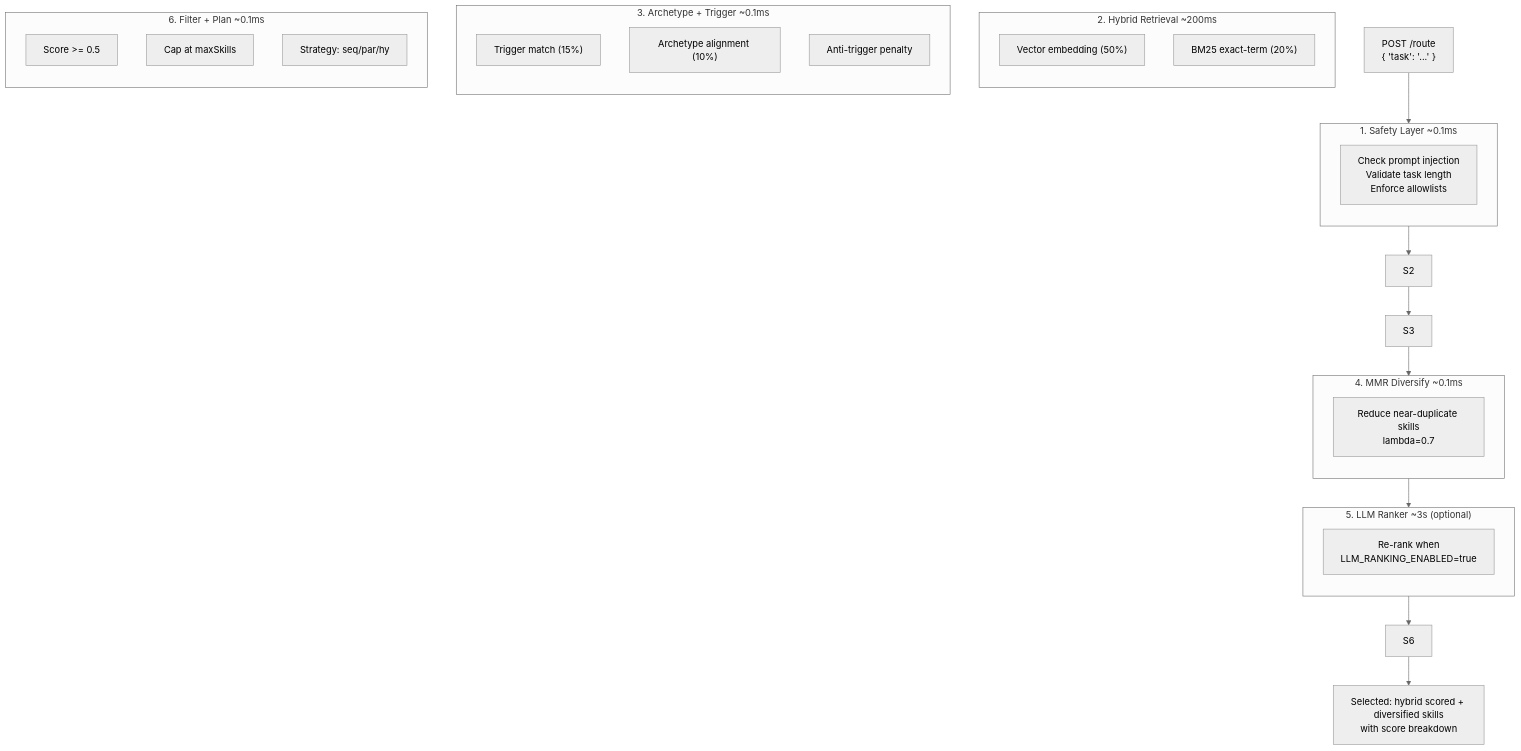
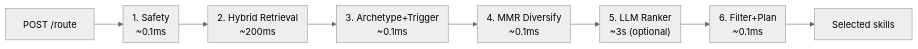
One commit to paulpas/agent-skill-router changed the third of 14 diagrams in docs/show-and-tell-presentation.md. Above: the diagram before and after it, drawn with Mermaid. The commit also changed other lines of this file, not shown here.

Commit message:
docs: unify 'How It Works' pipeline diagram and stage table
- Replace tall 55-line vertical TD subgraph with compact horizontal LR flowchart
- Replace separate bullet list with integrated stage table (Stage/Timing/What It Does/Deep Dive)
- Pipeline overview and detail now read as one cohesive section

````diff
--- a/docs/show-and-tell-presentation.md
+++ b/docs/show-and-tell-presentation.md
@@ -103,55 +103,32 @@
 ```mermaid
 ---
 config:
   theme: neutral
 ---
-flowchart TD
-    Input["POST /route<br/>{ 'task': '...' }"] --> S1
-
-    subgraph S1Box["1. Safety Layer ~0.1ms"]
+flowchart LR
+    Input["POST /route"] --> S1
+    subgraph S1["1. Safety<br/>~0.1ms"]
         direction TB
-        S1["Check prompt injection<br/>Validate task length<br/>Enforce allowlists"]
     end
-
     S1 --> S2
-
-    subgraph S2Box["2. Hybrid Retrieval ~200ms"]
+    subgraph S2["2. Hybrid Retrieval<br/>~200ms"]
         direction TB
-        S2a["Vector embedding (50%)"]
-        S2b["BM25 exact-term (20%)"]
     end
-
     S2 --> S3
-
-    subgraph S3Box["3. Archetype + Trigger ~0.1ms"]
+    subgraph S3["3. Archetype+Trigger<br/>~0.1ms"]
         direction TB
-        S3a["Trigger match (15%)"]
-        S3b["Archetype alignment (10%)"]
-        S3c["Anti-trigger penalty"]
     end
-
     S3 --> S4
-
-    subgraph S4Box["4. MMR Diversify ~0.1ms"]
+    subgraph S4["4. MMR Diversify<br/>~0.1ms"]
         direction TB
-        S4["Reduce near-duplicate skills<br/>lambda=0.7"]
     end
-
     S4 --> S5
-
-    subgraph S5Box["5. LLM Ranker ~3s (optional)"]
+    subgraph S5["5. LLM Ranker<br/>~3s (optional)"]
         direction TB
-        S5["Re-rank when<br/>LLM_RANKING_ENABLED=true"]
     end
-
     S5 --> S6
-
-    subgraph S6Box["6. Filter + Plan ~0.1ms"]
+    subgraph S6["6. Filter+Plan<br/>~0.1ms"]
         direction TB
-        S6a["Score >= 0.5"]
-        S6b["Cap at maxSkills"]
-        S6c["Strategy: seq/par/hy"]
     end
-
-    S6 --> Output["Selected: hybrid scored + diversified skills<br/>with score breakdown"]
+    S6 --> Output["Selected skills"]
 ```
````
